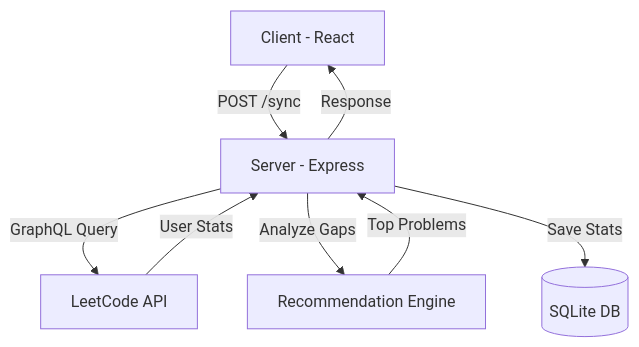
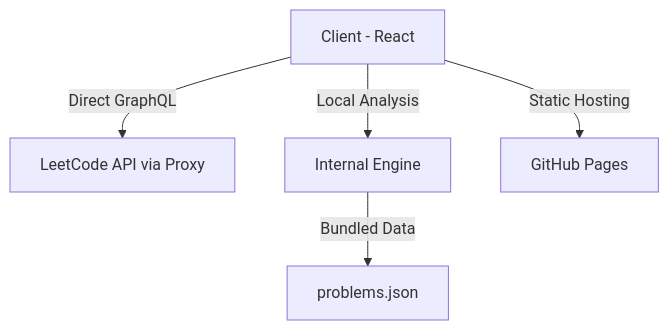
One commit to chuckabox/LeetAI changed the diagram in README.md. Above: the diagram before and after it, drawn with Mermaid. The commit also changed other lines of this file and 4 other files, not shown here.

Commit message:
feat: initialize client project, add problem dataset, and configure GitHub Pages deployment workflow

````diff
--- a/README.md
+++ b/README.md
@@ -76,10 +88,7 @@
 ```mermaid
 graph TD
-    A[Client - React] -->|POST /sync| B[Server - Express]
-    B -->|GraphQL Query| C[LeetCode API]
-    C -->|User Stats| B
-    B -->|Analyze Gaps| D[Recommendation Engine]
-    D -->|Top Problems| B
-    B -->|Save Stats| E[(SQLite DB)]
-    B -->|Response| A
+    A[Client - React] -->|Direct GraphQL| C[LeetCode API via Proxy]
+    A -->|Local Analysis| D[Internal Engine]
+    D -->|Bundled Data| F[problems.json]
+    A -->|Static Hosting| G[GitHub Pages]
 ```
````
